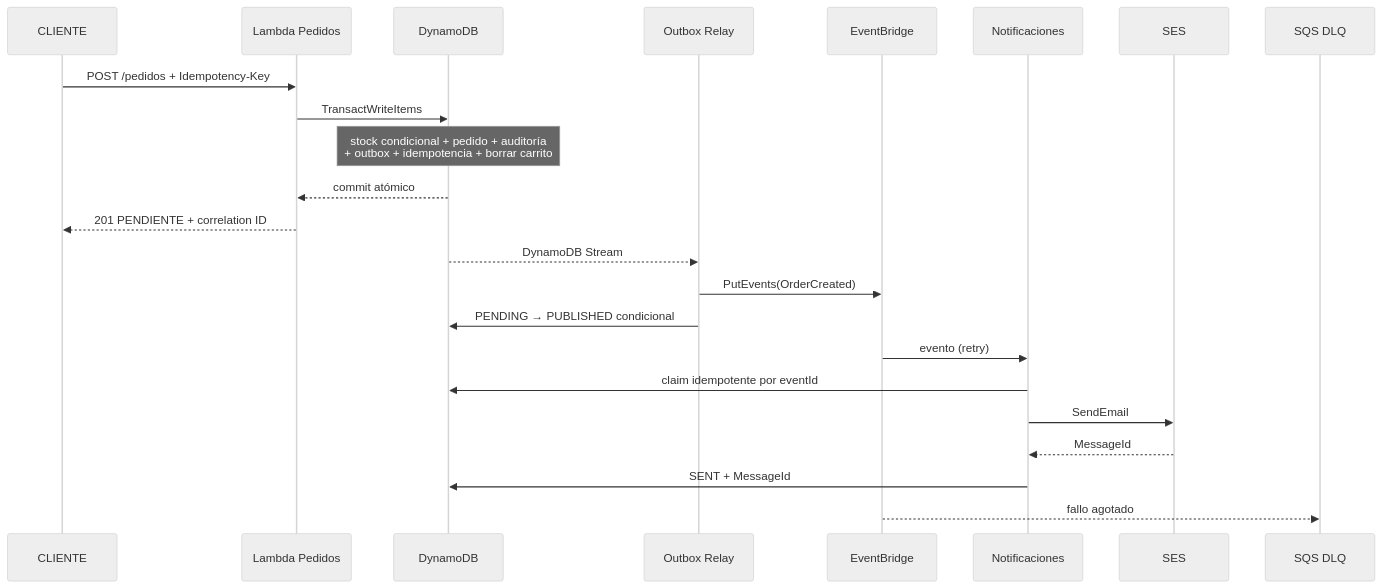
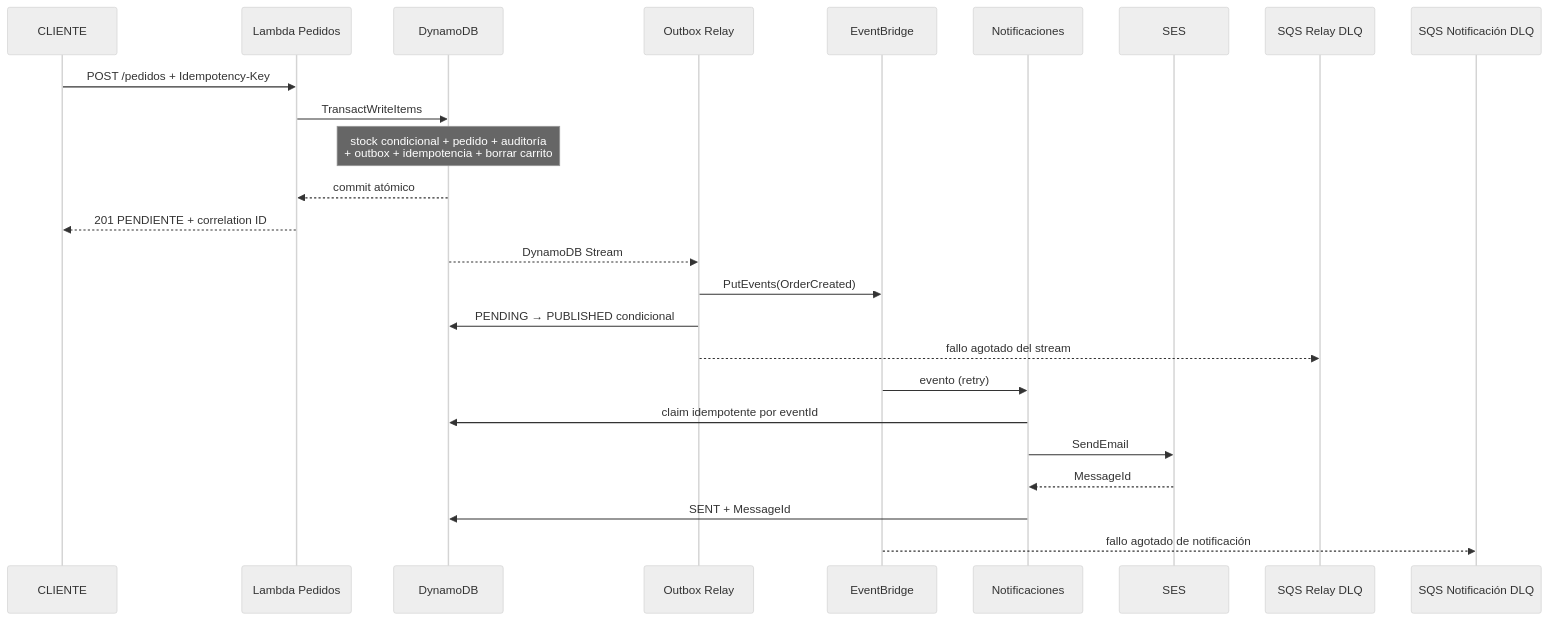
Before and after one commit to Dae51/CloudShop-ProyectoNube: the third of 3 diagrams in docs/architecture.md, drawn with Mermaid (neutral theme). The commit also changed other lines of this file and 7 other files, not shown here.

````diff
--- a/docs/architecture.md
+++ b/docs/architecture.md
@@ -68,26 +68,28 @@
 ```mermaid
 sequenceDiagram
   participant C as CLIENTE
   participant O as Lambda Pedidos
   participant D as DynamoDB
   participant R as Outbox Relay
   participant E as EventBridge
   participant N as Notificaciones
   participant S as SES
-  participant Q as SQS DLQ
+  participant QR as SQS Relay DLQ
+  participant QN as SQS Notificación DLQ
 
   C->>O: POST /pedidos + Idempotency-Key
   O->>D: TransactWriteItems
   Note over D: stock condicional + pedido + auditoría<br/>+ outbox + idempotencia + borrar carrito
   D-->>O: commit atómico
   O-->>C: 201 PENDIENTE + correlation ID
   D-->>R: DynamoDB Stream
   R->>E: PutEvents(OrderCreated)
   R->>D: PENDING → PUBLISHED condicional
+  R-->>QR: fallo agotado del stream
   E->>N: evento (retry)
   N->>D: claim idempotente por eventId
   N->>S: SendEmail
   S-->>N: MessageId
   N->>D: SENT + MessageId
-  E-->>Q: fallo agotado
+  E-->>QN: fallo agotado de notificación
 ```
````
